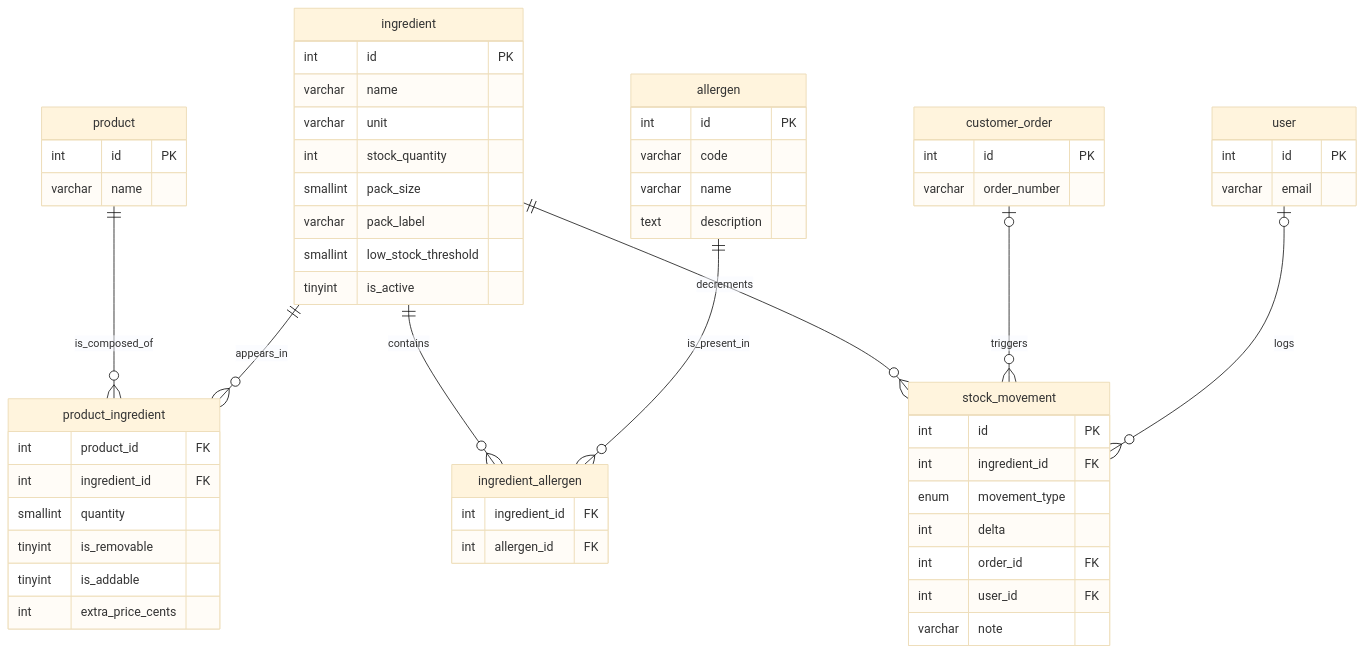
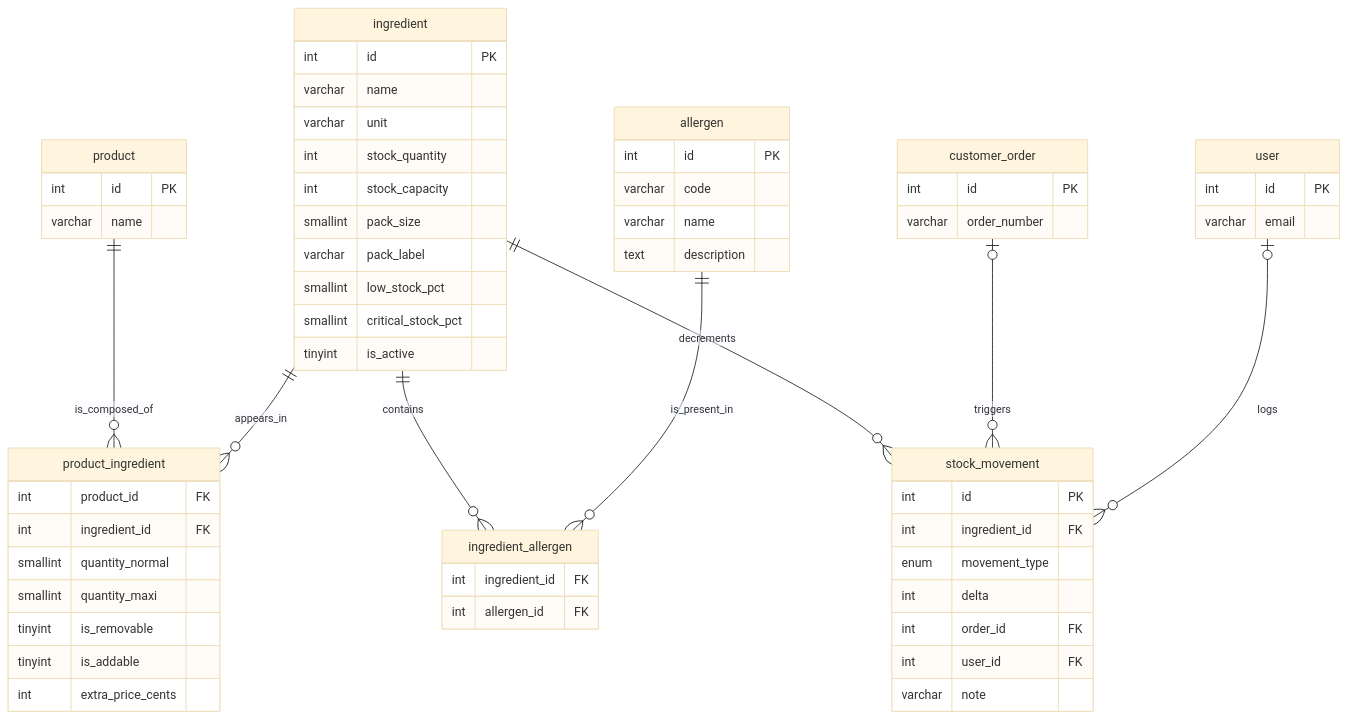
Before and after one commit to AcadeNice/wakdo_corentin: the second of 4 diagrams in docs/merise/mcd.md, drawn with Mermaid (base theme). The commit also changed other lines of this file and 34 other files, not shown here.

````diff
--- a/docs/merise/mcd.md
+++ b/docs/merise/mcd.md
@@ -166,60 +175,63 @@
 ```mermaid
 erDiagram
     product {
         int id PK
         varchar name
     }
     ingredient {
         int id PK
         varchar name
         varchar unit
         int stock_quantity
+        int stock_capacity
         smallint pack_size
         varchar pack_label
-        smallint low_stock_threshold
+        smallint low_stock_pct
+        smallint critical_stock_pct
         tinyint is_active
     }
     product_ingredient {
         int product_id FK
         int ingredient_id FK
-        smallint quantity
+        smallint quantity_normal
+        smallint quantity_maxi
         tinyint is_removable
         tinyint is_addable
         int extra_price_cents
     }
     allergen {
         int id PK
         varchar code
         varchar name
         text description
     }
     ingredient_allergen {
         int ingredient_id FK
         int allergen_id FK
     }
     customer_order {
         int id PK
         varchar order_number
     }
     user {
         int id PK
         varchar email
     }
     stock_movement {
         int id PK
         int ingredient_id FK
         enum movement_type
         int delta
         int order_id FK
         int user_id FK
         varchar note
     }
 
     product ||--o{ product_ingredient : "is_composed_of"
     ingredient ||--o{ product_ingredient : "appears_in"
     ingredient ||--o{ ingredient_allergen : "contains"
     allergen ||--o{ ingredient_allergen : "is_present_in"
     ingredient ||--o{ stock_movement : "decrements"
     customer_order |o--o{ stock_movement : "triggers"
     user |o--o{ stock_movement : "logs"
 ```
````
